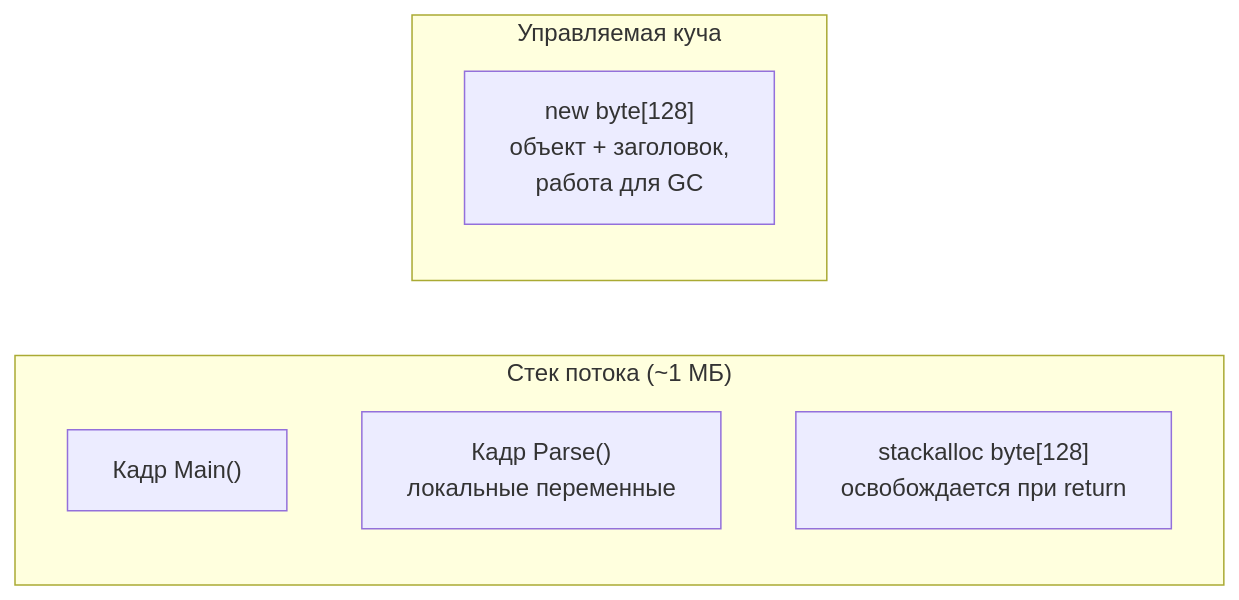
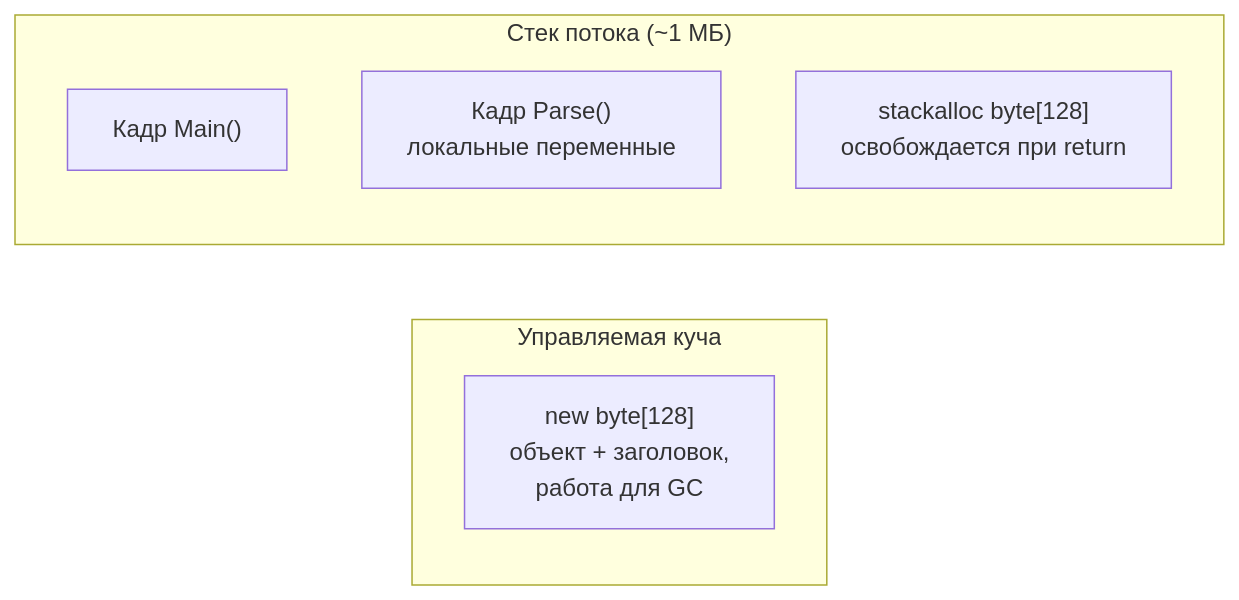
One commit to sh-sharifjonov/DotnetQuestionsForMiddle changed the first of 2 diagrams in content/01-csharp-dotnet/18-stackalloc-unsafe.md. Above: the diagram before and after it, drawn with Mermaid. The commit also changed other lines of this file and 51 other files, not shown here.

First line of the commit message:
Improve diagram layouts, warn about over-wide diagrams

````diff
--- a/content/01-csharp-dotnet/18-stackalloc-unsafe.md
+++ b/content/01-csharp-dotnet/18-stackalloc-unsafe.md
@@ -39,13 +39,13 @@
 ```mermaid Где живёт буфер
 flowchart LR
+    subgraph Heap["Управляемая куча"]
+        direction TB
+        ARR["new byte[128]<br/>объект + заголовок,<br/>работа для GC"]:::warn
+    end
     subgraph Stack["Стек потока (~1 МБ)"]
         direction TB
         F1["Кадр Main()"]
         F2["Кадр Parse()<br/>локальные переменные"]
         SA["stackalloc byte[128]<br/>освобождается при return"]:::good
     end
-    subgraph Heap["Управляемая куча"]
-        direction TB
-        ARR["new byte[128]<br/>объект + заголовок,<br/>работа для GC"]:::warn
-    end
 ```
````
